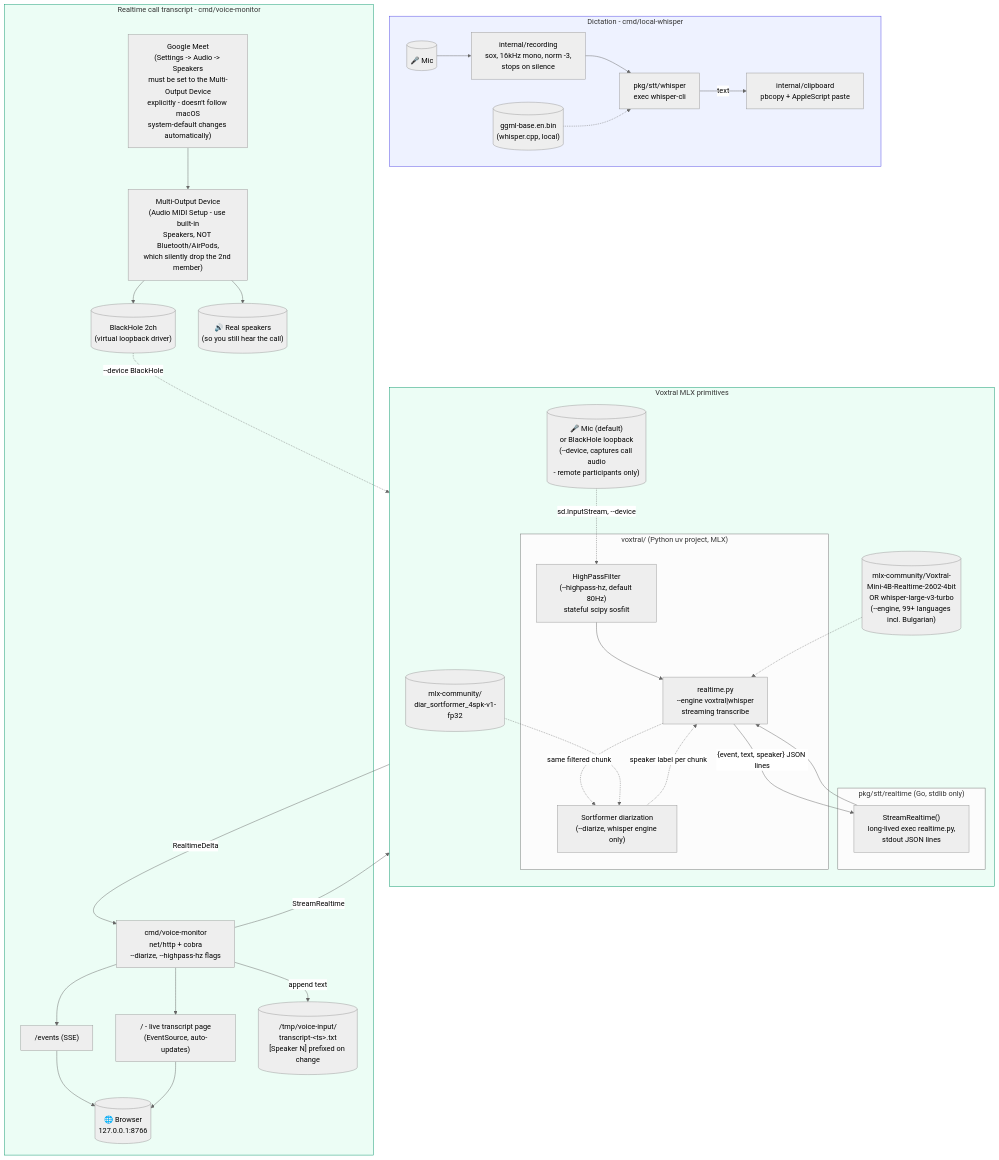
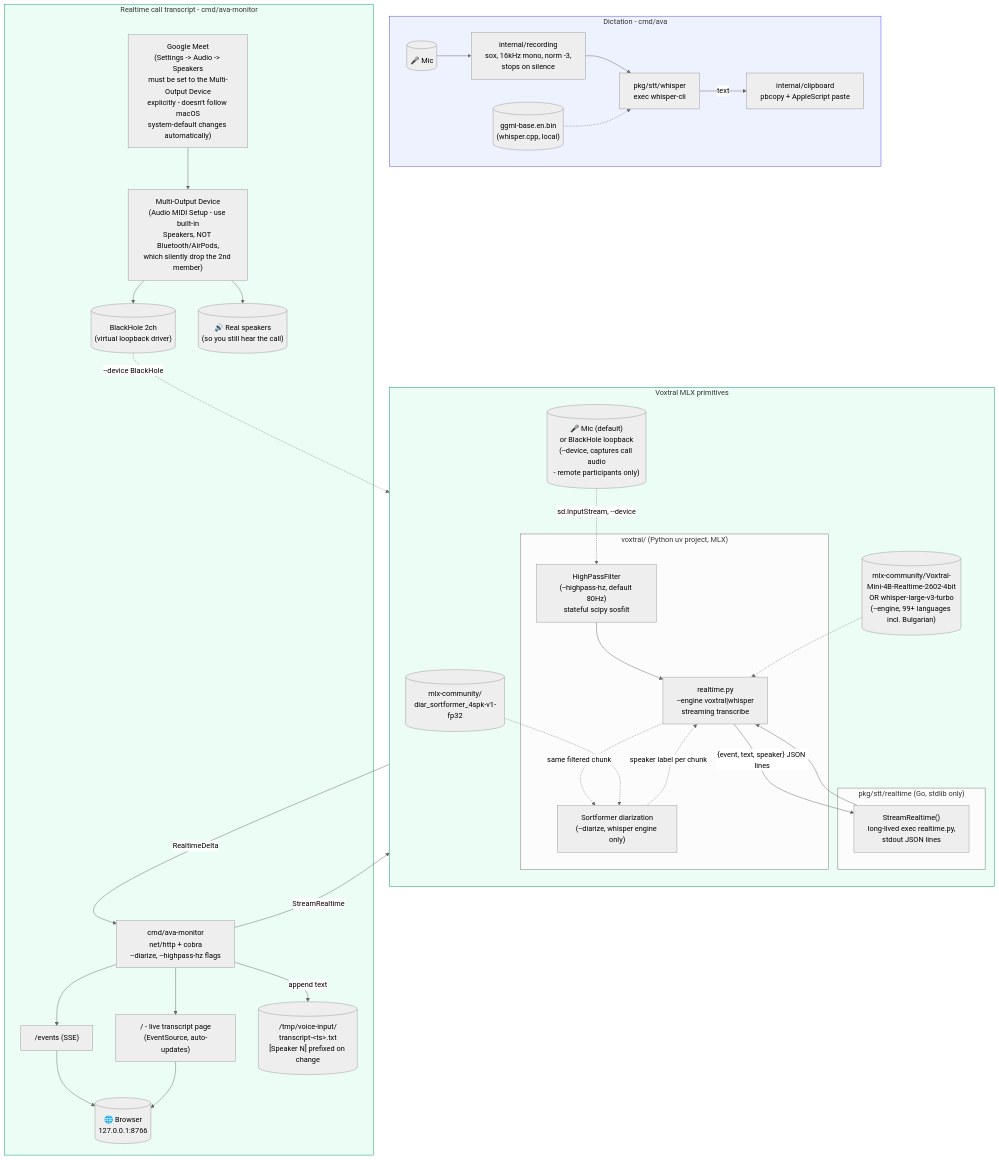
The diagram in docs/voxtral-architecture.mmd (iksnerd/ava), drawn with Mermaid before and after one commit. The commit also changed 109 other files, not shown here.

```diff
--- a/docs/voxtral-architecture.mmd
+++ b/docs/voxtral-architecture.mmd
@@ -1,72 +1,72 @@
 %%{init: {'theme': 'neutral'}}%%
 flowchart TB
 
-    subgraph dictation["Dictation - cmd/local-whisper"]
+    subgraph dictation["Dictation - cmd/ava"]
         mic1[("🎤 Mic")]
         rec["internal/recording<br/>sox, 16kHz mono, norm -3,<br/>stops on silence"]
         wcli["pkg/stt/whisper<br/>exec whisper-cli"]
         model_w[("ggml-base.en.bin<br/>(whisper.cpp, local)")]
         clip["internal/clipboard<br/>pbcopy + AppleScript paste"]
 
         mic1 --> rec --> wcli
         model_w -.-> wcli
         wcli -->|text| clip
     end
 
     subgraph realtime["Voxtral MLX primitives"]
         direction TB
 
         subgraph go_new["pkg/stt/realtime (Go, stdlib only)"]
             grt["StreamRealtime()<br/>long-lived exec realtime.py,<br/>stdout JSON lines"]
         end
 
         subgraph py_new["voxtral/ (Python uv project, MLX)"]
             hpf["HighPassFilter<br/>(--highpass-hz, default 80Hz)<br/>stateful scipy sosfilt"]
             rt_py["realtime.py<br/>--engine voxtral|whisper<br/>streaming transcribe"]
             diar_py["Sortformer diarization<br/>(--diarize, whisper engine only)"]
         end
 
         mic3[("🎤 Mic (default)<br/>or BlackHole loopback<br/>(--device, captures call audio<br/>- remote participants only)")]
 
         mw4brt[("mlx-community/Voxtral-Mini-4B-Realtime-2602-4bit<br/>OR whisper-large-v3-turbo<br/>(--engine, 99+ languages incl. Bulgarian)")]
         mdiar[("mlx-community/<br/>diar_sortformer_4spk-v1-fp32")]
 
         grt --> rt_py
 
         mic3 -.->|sd.InputStream, --device| hpf --> rt_py
         rt_py -.->|same filtered chunk| diar_py
 
         mw4brt -.-> rt_py
         mdiar -.-> diar_py
 
         rt_py -->|"{event, text, speaker} JSON lines"| grt
         diar_py -.->|speaker label per chunk| rt_py
     end
 
-    subgraph monitor["Realtime call transcript - cmd/voice-monitor"]
+    subgraph monitor["Realtime call transcript - cmd/ava-monitor"]
         meet["Google Meet<br/>(Settings -> Audio -> Speakers<br/>must be set to the Multi-Output Device<br/>explicitly - doesn't follow macOS<br/>system-default changes automatically)"]
         moutput["Multi-Output Device<br/>(Audio MIDI Setup - use built-in<br/>Speakers, NOT Bluetooth/AirPods,<br/>which silently drop the 2nd member)"]
         blackhole[("BlackHole 2ch<br/>(virtual loopback driver)")]
         speakers[("🔊 Real speakers<br/>(so you still hear the call)")]
 
-        vm["cmd/voice-monitor<br/>net/http + cobra<br/>--diarize, --highpass-hz flags"]
+        vm["cmd/ava-monitor<br/>net/http + cobra<br/>--diarize, --highpass-hz flags"]
         sse["/events (SSE)"]
         page["/ - live transcript page<br/>(EventSource, auto-updates)"]
         logf[("/tmp/voice-input/<br/>transcript-&lt;ts&gt;.txt<br/>[Speaker N] prefixed on change")]
         browser[("🌐 Browser<br/>127.0.0.1:8766")]
 
         meet --> moutput
         moutput --> blackhole
         moutput --> speakers
         blackhole -.->|"--device BlackHole"| mic3
 
         vm -->|StreamRealtime| grt
         grt -->|RealtimeDelta| vm
         vm --> sse --> browser
         vm --> page --> browser
         vm -->|append text| logf
     end
 
     style dictation fill:#eef2ff,stroke:#4f46e5
     style realtime fill:#ecfdf5,stroke:#059669
     style monitor fill:#ecfdf5,stroke:#059669
```
